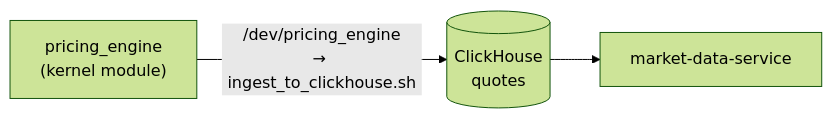
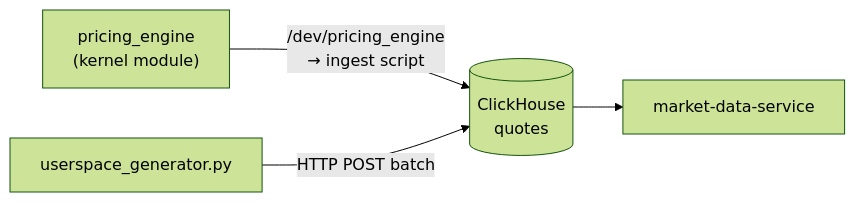
Before and after one commit to awesoma31/TrumpInvestitions: the diagram in docs/obsidian/01 - Сервисы/pricing_engine.md, drawn with Mermaid (forest theme). The commit also changed other lines of this file and 6 other files, not shown here.

````diff
--- a/docs/obsidian/01 - Сервисы/pricing_engine.md
+++ b/docs/obsidian/01 - Сервисы/pricing_engine.md
@@ -105,5 +139,6 @@
 ```mermaid
 graph LR
-    PE["pricing_engine\n(kernel module)"] -->|"/dev/pricing_engine\n→ ingest_to_clickhouse.sh"| CH[("ClickHouse\nquotes")]
+    PE["pricing_engine\n(kernel module)"] -->|"/dev/pricing_engine\n→ ingest script"| CH[("ClickHouse\nquotes")]
+    PY["userspace_generator.py"] -->|"HTTP POST batch"| CH
     CH --> MDS["market-data-service"]
 ```
````
